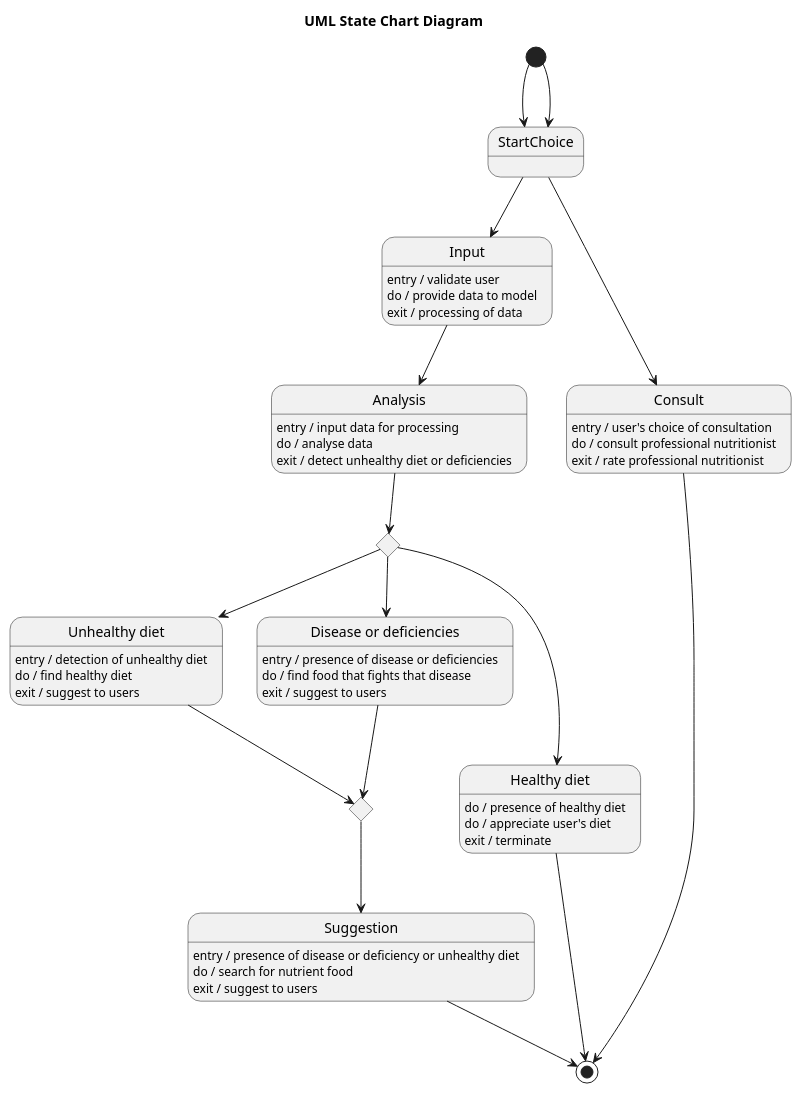
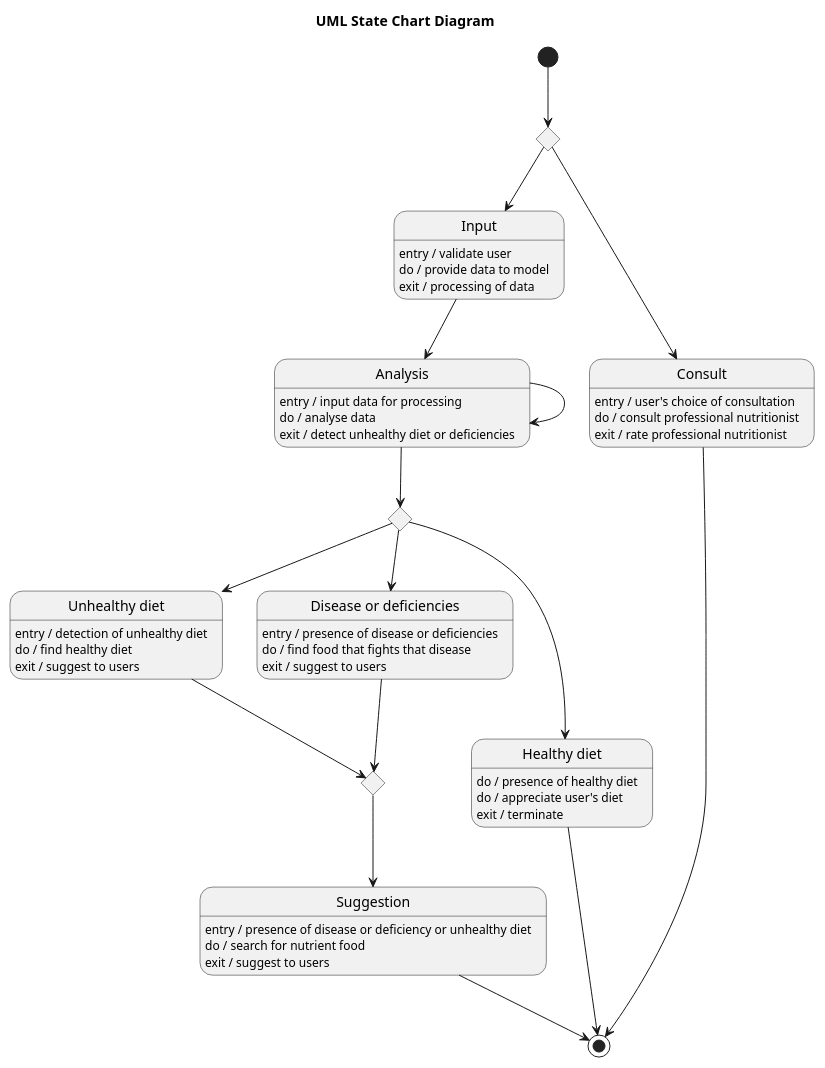
Before and after one commit to maimunafaria/State_transition_Diagram_generated_by_LLM: the diagram in dataset/case_27_diet_care/diagram.puml, drawn with PlantUML. The commit also changed 32 other files, not shown here.

Commit message:
plantuml diagram validated

```diff
--- a/dataset/case_27_diet_care/diagram.puml
+++ b/dataset/case_27_diet_care/diagram.puml
@@ -1,66 +1,66 @@
 @startuml
 title UML State Chart Diagram
 
-[*] --> StartChoice
+
 
 state StartChoice <<choice>>
 
 state Input
 Input : entry / validate user
 Input : do / provide data to model
 Input : exit / processing of data
 
 state Consult
 Consult : entry / user's choice of consultation
 Consult : do / consult professional nutritionist
 Consult : exit / rate professional nutritionist
 
 state Analysis
 Analysis : entry / input data for processing
 Analysis : do / analyse data
 Analysis : exit / detect unhealthy diet or deficiencies
 
 state "Unhealthy diet" as UnhealthyDiet
 UnhealthyDiet : entry / detection of unhealthy diet
 UnhealthyDiet : do / find healthy diet
 UnhealthyDiet : exit / suggest to users
 
 state "Disease or deficiencies" as DiseaseDef
 DiseaseDef : entry / presence of disease or deficiencies
 DiseaseDef : do / find food that fights that disease
 DiseaseDef : exit / suggest to users
 
 state "Healthy diet" as HealthyDiet
 HealthyDiet : do / presence of healthy diet
 HealthyDiet : do / appreciate user's diet
 HealthyDiet : exit / terminate
 
 state Suggestion
 Suggestion : entry / presence of disease or deficiency or unhealthy diet
 Suggestion : do / search for nutrient food
 Suggestion : exit / suggest to users
 
 state AnalysisChoice <<choice>>
 state MergeSuggest <<choice>>
 
 [*] --> StartChoice
 StartChoice --> Input
 StartChoice --> Consult
 
 Input --> Analysis
 Analysis --> AnalysisChoice
-
+Analysis --> Analysis
 AnalysisChoice --> UnhealthyDiet
 AnalysisChoice --> DiseaseDef
 AnalysisChoice --> HealthyDiet
 
 UnhealthyDiet --> MergeSuggest
 DiseaseDef --> MergeSuggest
 
 MergeSuggest --> Suggestion
 
 Consult --> [*]
 HealthyDiet --> [*]
 Suggestion --> [*]
 
 @enduml
```
